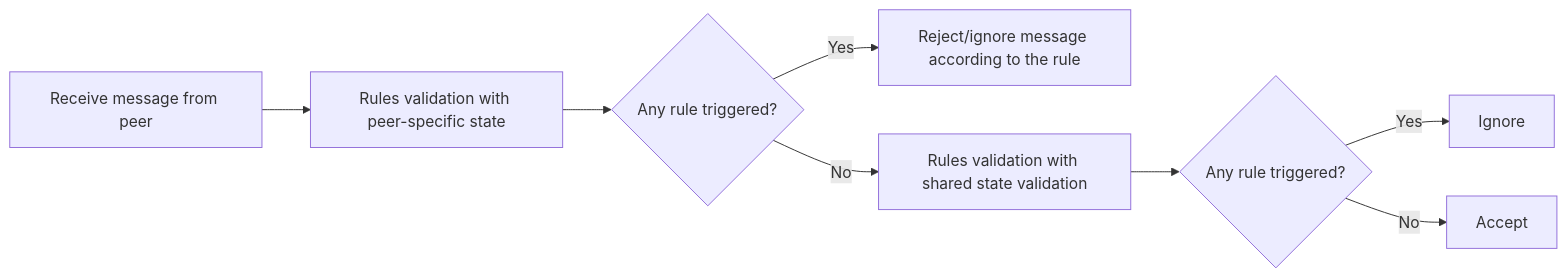
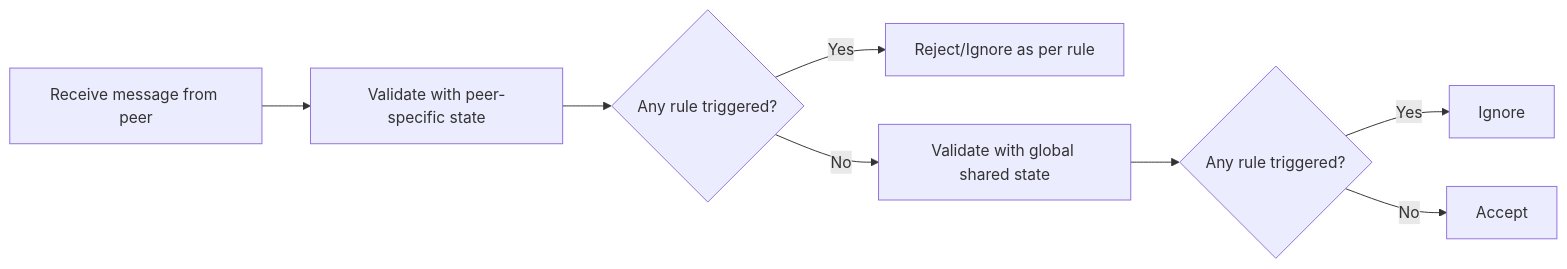
The diagram in p2p/MessageValidation/Rules.md (ssvlabs/knowledge-base), drawn with Mermaid before and after one commit. The commit also changed other lines of this file, not shown here.

````diff
--- a/p2p/MessageValidation/Rules.md
+++ b/p2p/MessageValidation/Rules.md
@@ -1122,19 +1103,19 @@
 ```mermaid
 flowchart LR
     A[Receive message from peer]
-    B[Rules validation with peer-specific state]
+    B[Validate with peer-specific state]
     C{Any rule triggered?}
-    D[Reject/ignore message according to the rule]
-    E[Rules validation with shared state validation]
+    D[Reject/Ignore as per rule]
+    E[Validate with global shared state]
     F{Any rule triggered?}
     G[Ignore]
     H[Accept]
 
     A --> B
     B --> C
     C -- Yes --> D
     C -- No --> E
     E --> F
     F -- Yes --> G
     F -- No --> H
 ```
````
